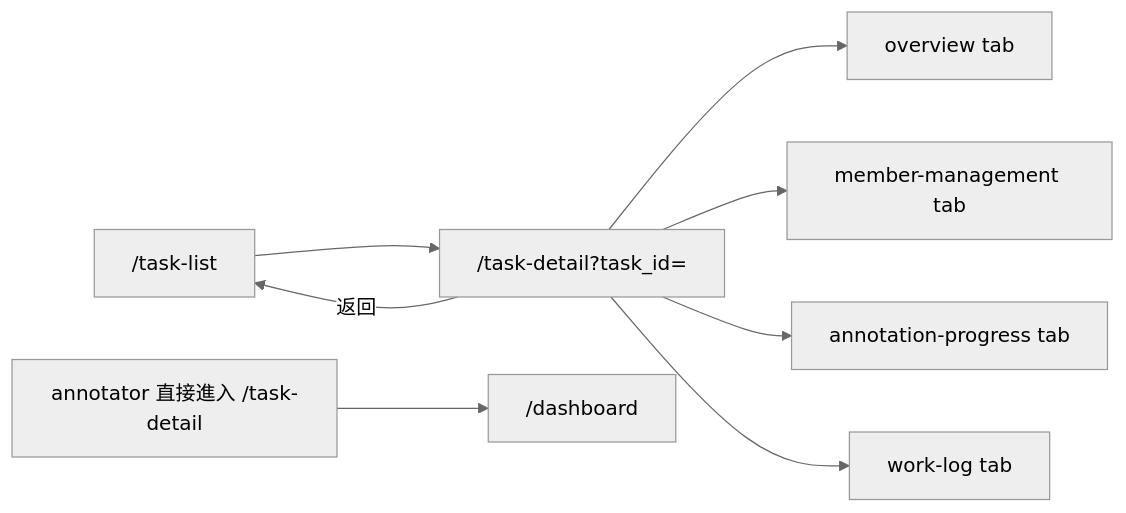
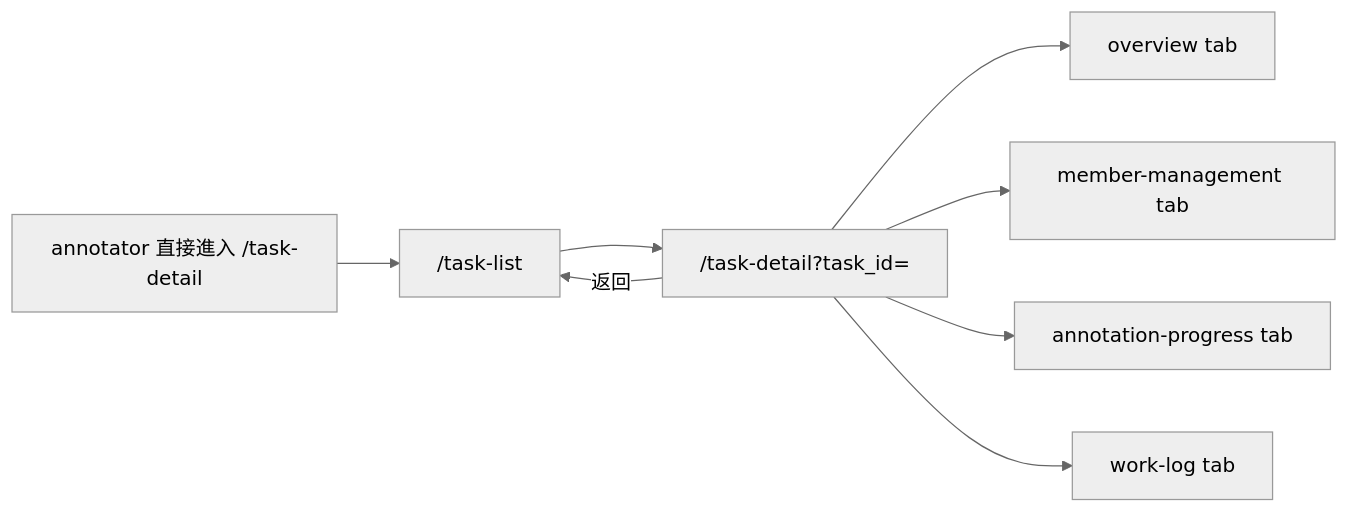
Before and after one commit to singyichen/label-suite: the second of 2 diagrams in specs/task-management/014-task-detail/spec.md, drawn with Mermaid (neutral theme). The commit also changed other lines of this file and 2 other files, not shown here.

Commit message:
docs(specs): clarify task management specs 010/013/014

````diff
--- a/specs/task-management/014-task-detail/spec.md
+++ b/specs/task-management/014-task-detail/spec.md
@@ -223,10 +234,10 @@
 ```mermaid
 flowchart LR
     tasklist["/task-list"] --> taskdetail["/task-detail?task_id="]
     taskdetail --> overview["overview tab"]
     taskdetail --> member["member-management tab"]
     taskdetail --> progress["annotation-progress tab"]
     taskdetail --> worklog["work-log tab"]
     taskdetail -->|返回| tasklist
-    annotatorBlocked["annotator 直接進入 /task-detail"] --> dashboard["/dashboard"]
+    annotatorBlocked["annotator 直接進入 /task-detail"] --> tasklist["/task-list"]
 ```
````
